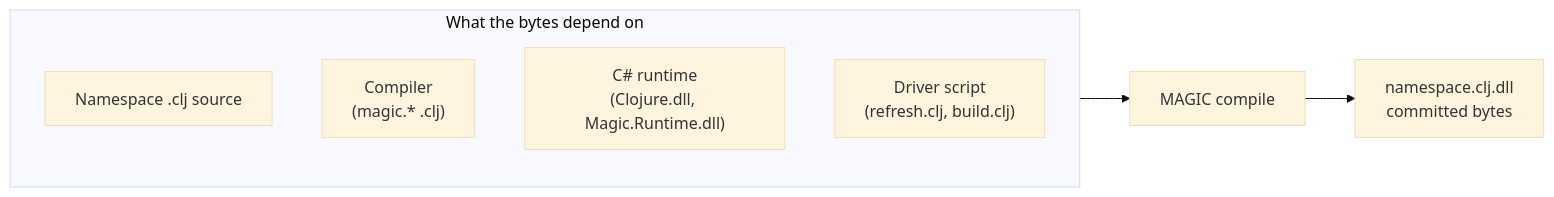
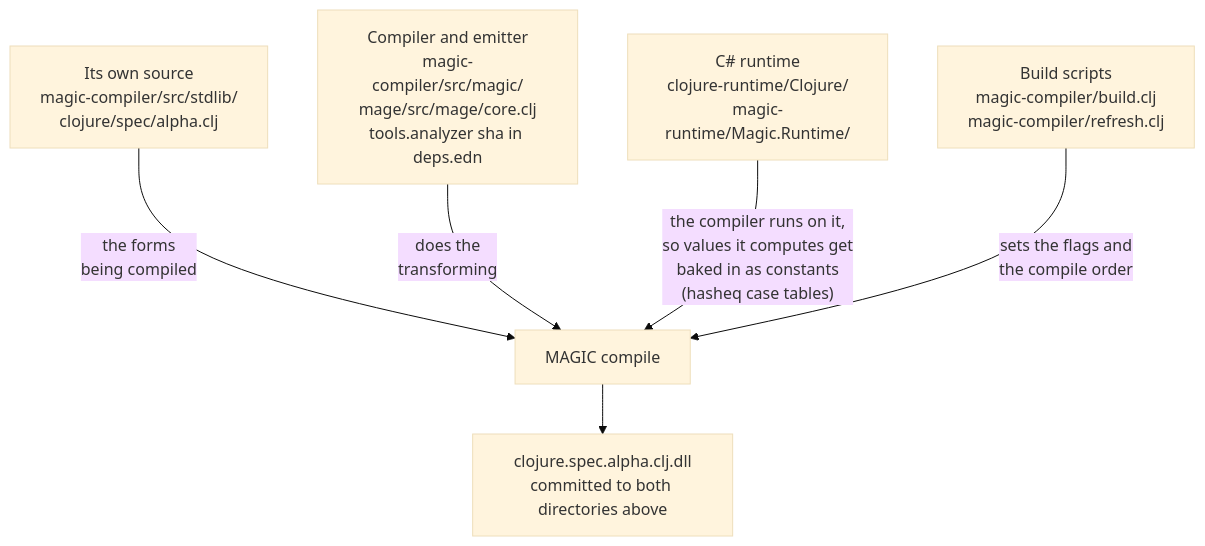
One commit to flybot-sg/magic changed the first of 5 diagrams in docs/deterministic-compilation.md. Above: the diagram before and after it, drawn with Mermaid (base theme). The commit also changed other lines of this file and 21 other files, not shown here.

````diff
--- a/docs/deterministic-compilation.md
+++ b/docs/deterministic-compilation.md
@@ -16,11 +23,12 @@
 ```mermaid
-flowchart LR
-    subgraph inputs["What the bytes depend on"]
-        src["Namespace .clj source"]
-        cmp["Compiler<br/>(magic.* .clj)"]
-        rt["C# runtime<br/>(Clojure.dll, Magic.Runtime.dll)"]
-        drv["Driver script<br/>(refresh.clj, build.clj)"]
-    end
-    inputs --> compile["MAGIC compile"]
-    compile --> dll["namespace.clj.dll<br/>committed bytes"]
+flowchart TD
+    src["Its own source<br/>magic-compiler/src/stdlib/<br/>clojure/spec/alpha.clj"]
+    cmp["Compiler and emitter<br/>magic-compiler/src/magic/<br/>mage/src/mage/core.clj<br/>tools.analyzer sha in deps.edn"]
+    rt["C# runtime<br/>clojure-runtime/Clojure/<br/>magic-runtime/Magic.Runtime/"]
+    drv["Build scripts<br/>magic-compiler/build.clj<br/>magic-compiler/refresh.clj"]
+    src -->|"the forms<br/>being compiled"| compile["MAGIC compile"]
+    cmp -->|"does the<br/>transforming"| compile
+    rt -->|"the compiler runs on it,<br/>so values it computes get<br/>baked in as constants<br/>(hasheq case tables)"| compile
+    drv -->|"sets the flags and<br/>the compile order"| compile
+    compile --> dll["clojure.spec.alpha.clj.dll<br/>committed to both directories above"]
 ```
````
